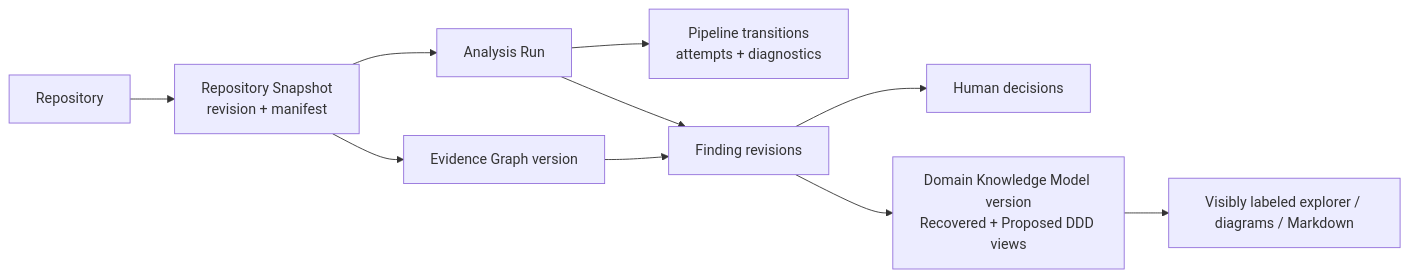
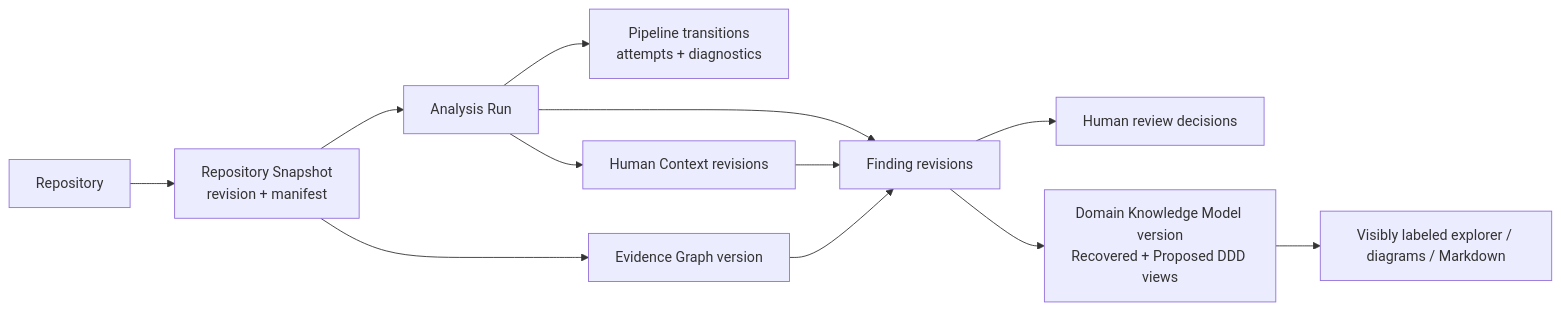
Before and after one commit to ksharik/domainLens: the diagram in docs/architecture/08-persistence-architecture.md, drawn with Mermaid. The commit also changed other lines of this file and 24 other files, not shown here.

````diff
--- a/docs/architecture/08-persistence-architecture.md
+++ b/docs/architecture/08-persistence-architecture.md
@@ -36,12 +45,14 @@
 ```mermaid
 flowchart LR
     Repo["Repository"] --> Snap["Repository Snapshot<br/>revision + manifest"]
     Snap --> Run["Analysis Run"]
     Run --> State["Pipeline transitions<br/>attempts + diagnostics"]
     Snap --> Evidence["Evidence Graph version"]
     Evidence --> Finding["Finding revisions"]
     Run --> Finding
-    Finding --> Human["Human decisions"]
+    Run --> Context["Human Context revisions"]
+    Context --> Finding
+    Finding --> Review["Human review decisions"]
     Finding --> DKM["Domain Knowledge Model version<br/>Recovered + Proposed DDD views"]
     DKM --> Projection["Visibly labeled explorer / diagrams / Markdown"]
 ```
````
